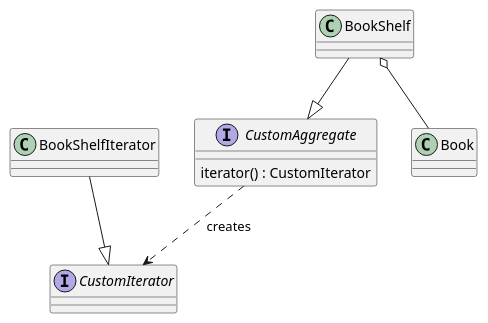
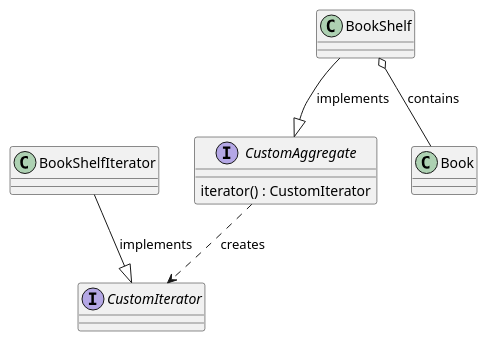
Before and after one commit to takinaga-dev/design_pattern: the diagram in iterator/class.pu, drawn with PlantUML. The commit also changed 9 other files, not shown here.

```diff
--- a/iterator/class.pu
+++ b/iterator/class.pu
@@ -1,14 +1,17 @@
 @startuml
 interface CustomAggregate {
   iterator() : CustomIterator
 }
 interface CustomIterator
 class BookShelfIterator
 class BookShelf
 class Book
 
-BookShelfIterator --|> CustomIterator
-BookShelf --|> CustomAggregate
-BookShelf o-- Book
+BookShelfIterator --|> CustomIterator : implements
+
+BookShelf --|> CustomAggregate : implements
+
+BookShelf o-- Book : contains
+
 CustomAggregate ..> CustomIterator : creates
 @enduml
```
